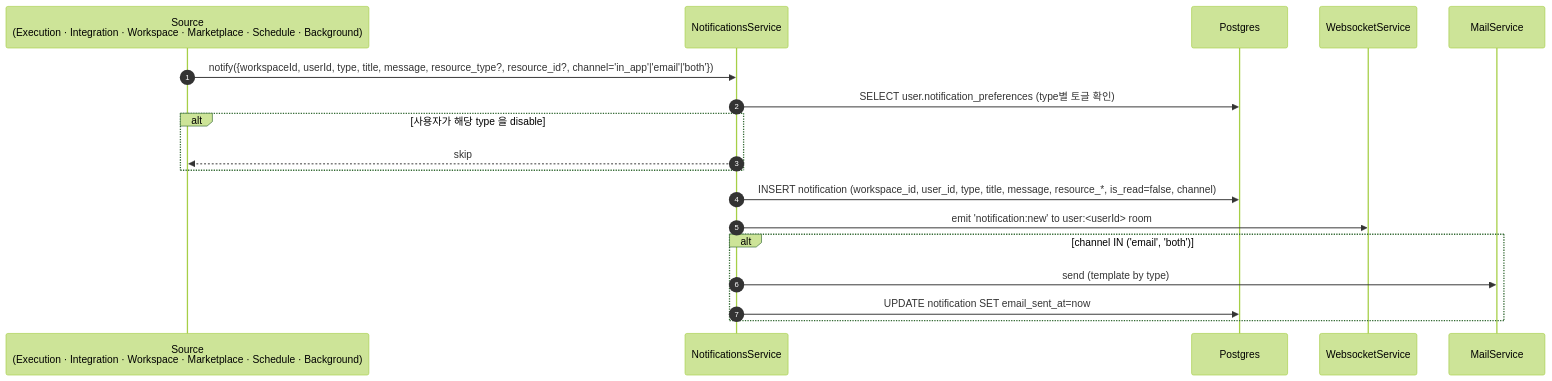
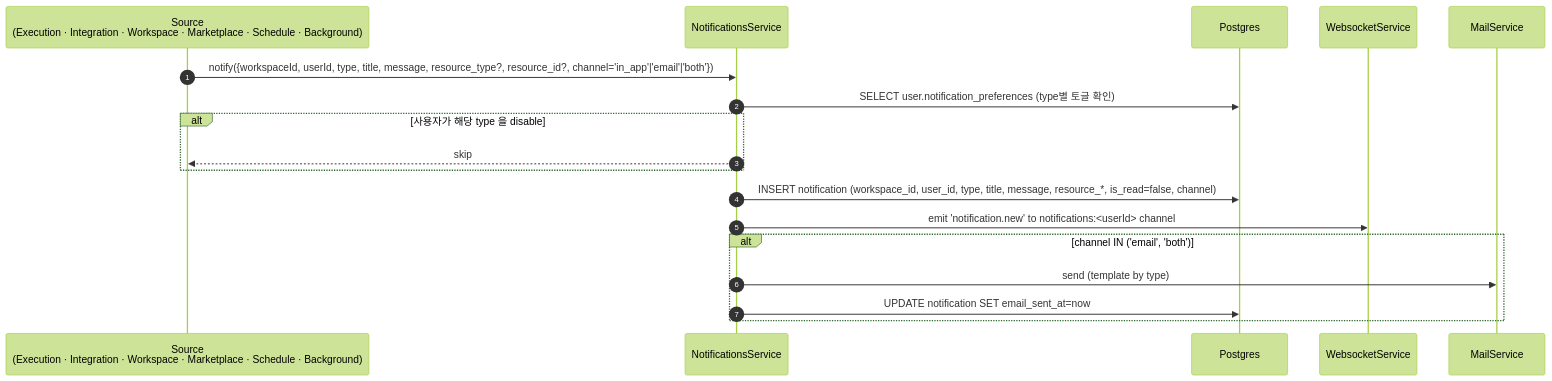
Before and after one commit to worker-ants/clemvion: the first of 2 diagrams in spec/data-flow/8-notifications.md, drawn with Mermaid (forest theme). The commit also changed other lines of this file and 10 other files, not shown here.

````diff
--- a/spec/data-flow/8-notifications.md
+++ b/spec/data-flow/8-notifications.md
@@ -26,21 +26,21 @@
 ```mermaid
 sequenceDiagram
   autonumber
   participant Src as Source<br/>(Execution · Integration · Workspace · Marketplace · Schedule · Background)
   participant Svc as NotificationsService
   participant PG as Postgres
   participant WS as WebsocketService
   participant Mail as MailService
 
   Src->>Svc: notify({workspaceId, userId, type, title, message, resource_type?, resource_id?, channel='in_app'|'email'|'both'})
   Svc->>PG: SELECT user.notification_preferences (type별 토글 확인)
   alt 사용자가 해당 type 을 disable
     Svc-->>Src: skip
   end
   Svc->>PG: INSERT notification (workspace_id, user_id, type, title, message, resource_*, is_read=false, channel)
-  Svc->>WS: emit 'notification:new' to user:<userId> room
+  Svc->>WS: emit 'notification.new' to notifications:<userId> channel
   alt channel IN ('email', 'both')
     Svc->>Mail: send (template by type)
     Svc->>PG: UPDATE notification SET email_sent_at=now
   end
 ```
````
